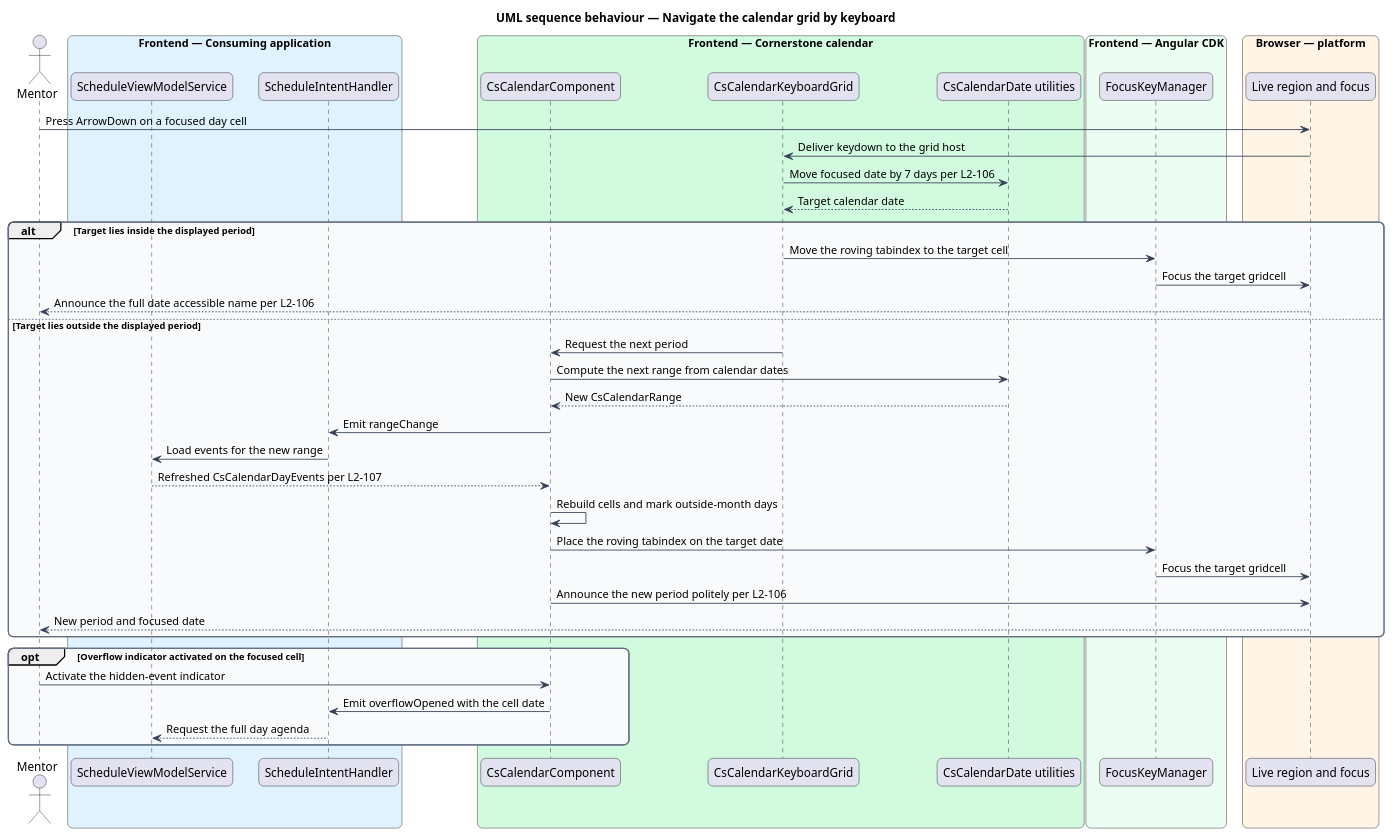
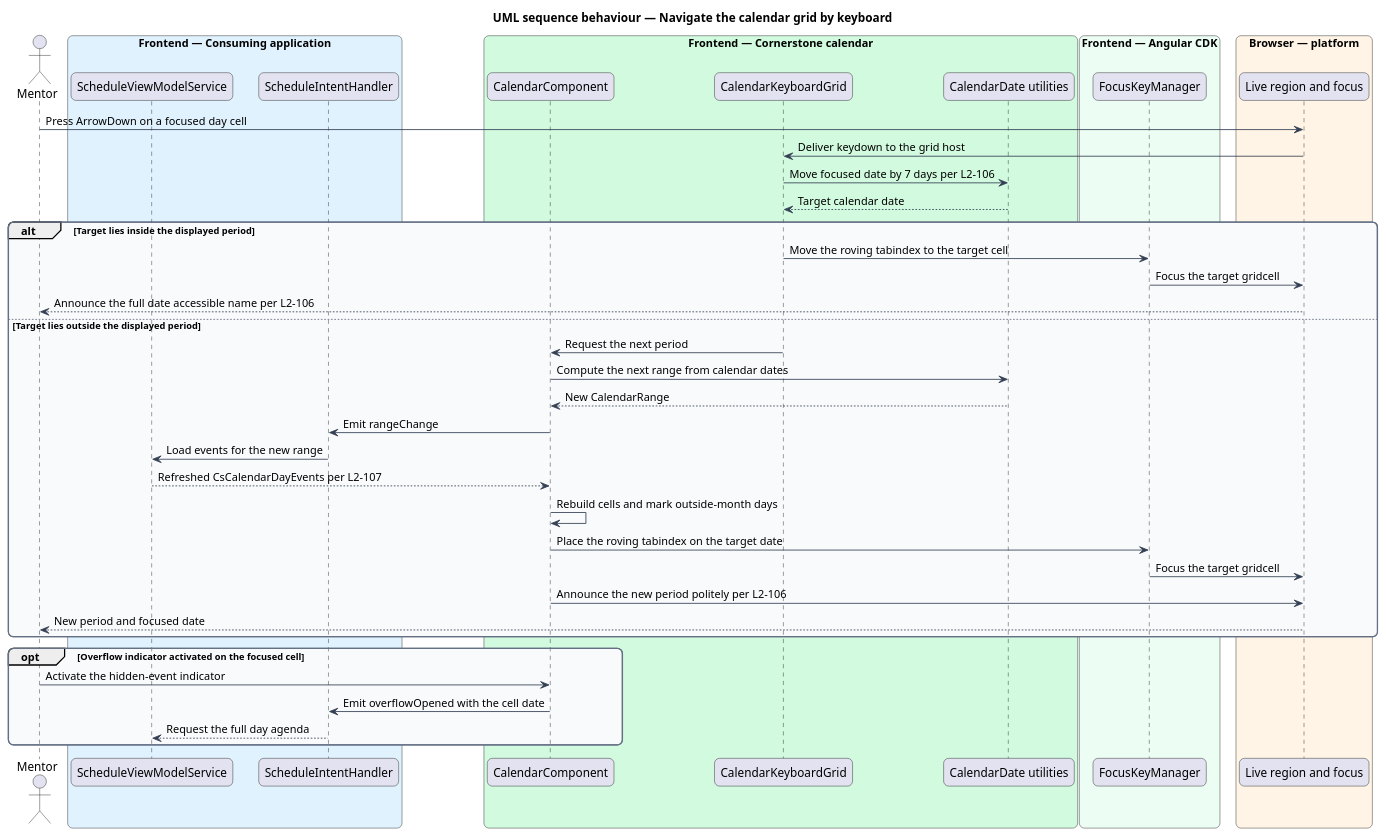
The diagram in docs/detailed-designs/communication/browse-a-schedule/diagrams/sequence-navigate-grid.puml (QuinntyneBrown/Cornerstone), drawn with PlantUML before and after one commit. The commit also changed 1743 other files, not shown here.

```diff
--- a/docs/detailed-designs/communication/browse-a-schedule/diagrams/sequence-navigate-grid.puml
+++ b/docs/detailed-designs/communication/browse-a-schedule/diagrams/sequence-navigate-grid.puml
@@ -1,62 +1,62 @@
 @startuml
 title UML sequence behaviour — Navigate the calendar grid by keyboard
 skinparam backgroundColor #FFFFFF
 skinparam shadowing false
 skinparam roundcorner 12
 skinparam defaultFontName Arial
 skinparam ArrowColor #344054
 skinparam rectangle {
   BorderColor #344054
   FontColor #101828
 }
 skinparam package {
   BorderColor #667085
   FontColor #101828
   BackgroundColor #F9FAFB
 }
 actor "Mentor" as user
 box "Frontend — Consuming application" #E0F2FE
   participant "ScheduleViewModelService" as vm
   participant "ScheduleIntentHandler" as intent
 end box
 box "Frontend — Cornerstone calendar" #D1FADF
-  participant "CsCalendarComponent" as calendar
-  participant "CsCalendarKeyboardGrid" as grid
-  participant "CsCalendarDate utilities" as dates
+  participant "CalendarComponent" as calendar
+  participant "CalendarKeyboardGrid" as grid
+  participant "CalendarDate utilities" as dates
 end box
 box "Frontend — Angular CDK" #ECFDF3
   participant "FocusKeyManager" as cdk
 end box
 box "Browser — platform" #FFF4E5
   participant "Live region and focus" as browser
 end box
 
 user -> browser : Press ArrowDown on a focused day cell
 browser -> grid : Deliver keydown to the grid host
 grid -> dates : Move focused date by 7 days per L2-106
 dates --> grid : Target calendar date
 
 alt Target lies inside the displayed period
   grid -> cdk : Move the roving tabindex to the target cell
   cdk -> browser : Focus the target gridcell
   browser --> user : Announce the full date accessible name per L2-106
 else Target lies outside the displayed period
   grid -> calendar : Request the next period
   calendar -> dates : Compute the next range from calendar dates
-  dates --> calendar : New CsCalendarRange
+  dates --> calendar : New CalendarRange
   calendar -> intent : Emit rangeChange
   intent -> vm : Load events for the new range
   vm --> calendar : Refreshed CsCalendarDayEvents per L2-107
   calendar -> calendar : Rebuild cells and mark outside-month days
   calendar -> cdk : Place the roving tabindex on the target date
   cdk -> browser : Focus the target gridcell
   calendar -> browser : Announce the new period politely per L2-106
   browser --> user : New period and focused date
 end
 
 opt Overflow indicator activated on the focused cell
   user -> calendar : Activate the hidden-event indicator
   calendar -> intent : Emit overflowOpened with the cell date
   intent --> vm : Request the full day agenda
 end
 @enduml
```
